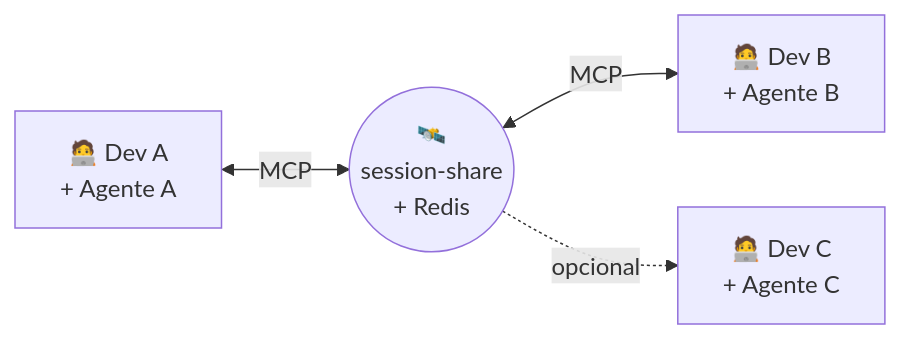
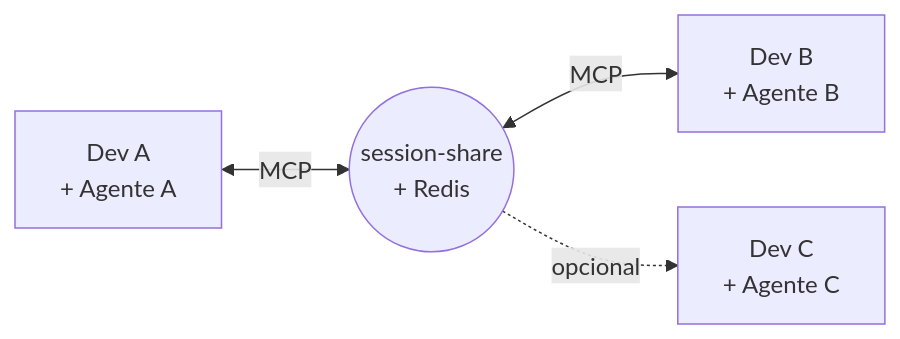
Before and after one commit to AndreSantos09/mcp-session-share: the first of 4 diagrams in README.md, drawn with Mermaid. The commit also changed other lines of this file, not shown here.

````diff
--- a/README.md
+++ b/README.md
@@ -7,6 +7,6 @@
 ```mermaid
 flowchart LR
-    A["🧑‍💻 Dev A<br/>+ Agente A"] <-->|MCP| S(("🛰️<br/>session-share<br/>+ Redis"))
-    S <-->|MCP| B["🧑‍💻 Dev B<br/>+ Agente B"]
-    S -.->|opcional| C["🧑‍💻 Dev C<br/>+ Agente C"]
+    A["Dev A<br/>+ Agente A"] <-->|MCP| S(("session-share<br/>+ Redis"))
+    S <-->|MCP| B["Dev B<br/>+ Agente B"]
+    S -.->|opcional| C["Dev C<br/>+ Agente C"]
 ```
````
